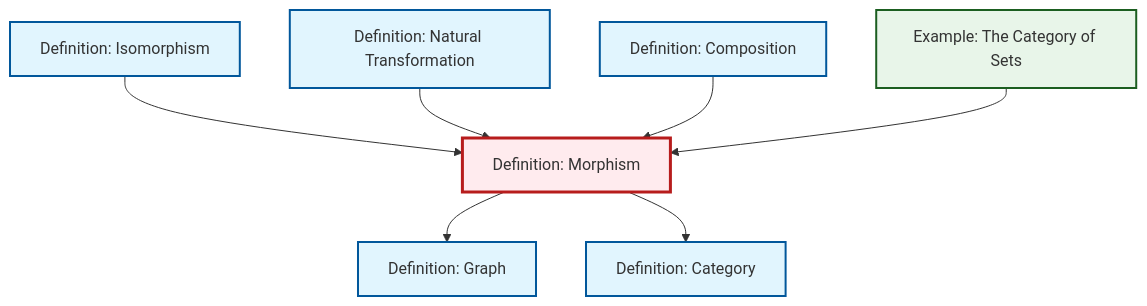
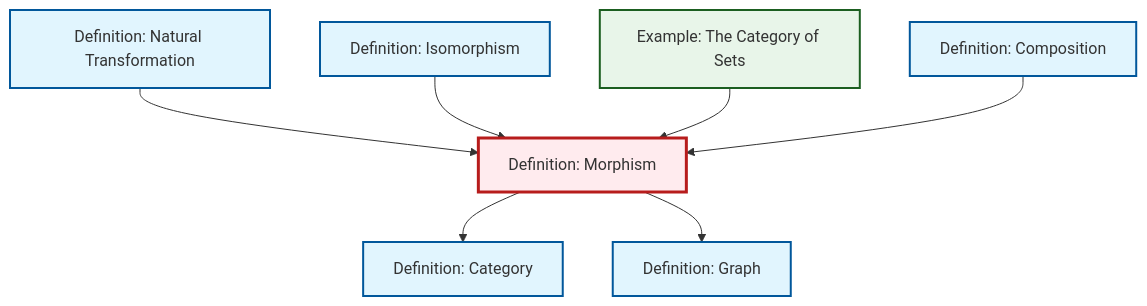
One commit to RK0429/ModernMath changed the diagram in content/ja/category-theory/def-morphism.qmd. Above: the diagram before and after it, drawn with Mermaid. The commit also changed other lines of this file and 497 other files, not shown here.

````diff
--- a/content/ja/category-theory/def-morphism.qmd
+++ b/content/ja/category-theory/def-morphism.qmd
@@ -57,29 +57,29 @@
 ```{mermaid}
 %%| fig-cap: "Local dependency graph"
 graph TD
     classDef definition fill:#e1f5fe,stroke:#01579b,stroke-width:2px
     classDef theorem fill:#f3e5f5,stroke:#4a148c,stroke-width:2px
     classDef axiom fill:#fff3e0,stroke:#e65100,stroke-width:2px
     classDef example fill:#e8f5e9,stroke:#1b5e20,stroke-width:2px
     classDef current fill:#ffebee,stroke:#b71c1c,stroke-width:3px
+    def-natural-transformation["Definition: Natural Transformation"]:::definition
+    ex-set-category["Example: The Category of Sets"]:::example
+    def-morphism["Definition: Morphism"]:::definition
+    def-category["Definition: Category"]:::definition
     def-composition["Definition: Composition"]:::definition
-    def-morphism["Definition: Morphism"]:::definition
+    def-graph["Definition: Graph"]:::definition
     def-isomorphism["Definition: Isomorphism"]:::definition
-    def-category["Definition: Category"]:::definition
-    def-natural-transformation["Definition: Natural Transformation"]:::definition
-    def-graph["Definition: Graph"]:::definition
-    ex-set-category["Example: The Category of Sets"]:::example
+    def-natural-transformation --> def-morphism
+    def-morphism --> def-category
+    def-isomorphism --> def-morphism
+    ex-set-category --> def-morphism
     def-morphism --> def-graph
-    def-isomorphism --> def-morphism
-    def-morphism --> def-category
-    def-natural-transformation --> def-morphism
     def-composition --> def-morphism
-    ex-set-category --> def-morphism
     class def-morphism current
+    click def-natural-transformation "def-natural-transformation.html" "Definition: Natural Transformationへ"
+    click ex-set-category "ex-set-category.html" "Example: The Category of Setsへ"
+    click def-category "def-category.html" "Definition: Categoryへ"
     click def-composition "def-composition.html" "Definition: Compositionへ"
+    click def-graph "def-graph.html" "Definition: Graphへ"
     click def-isomorphism "def-isomorphism.html" "Definition: Isomorphismへ"
-    click def-category "def-category.html" "Definition: Categoryへ"
-    click def-natural-transformation "def-natural-transformation.html" "Definition: Natural Transformationへ"
-    click def-graph "def-graph.html" "Definition: Graphへ"
-    click ex-set-category "ex-set-category.html" "Example: The Category of Setsへ"
 ```
````
